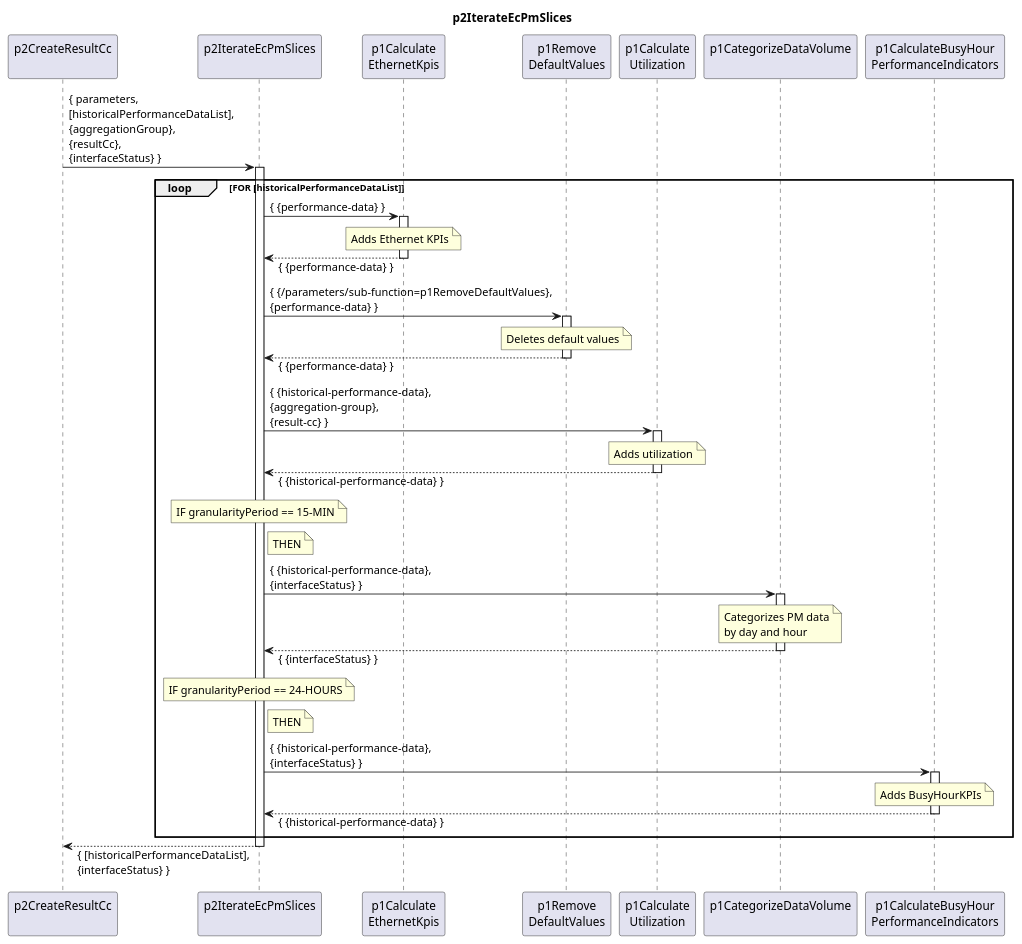
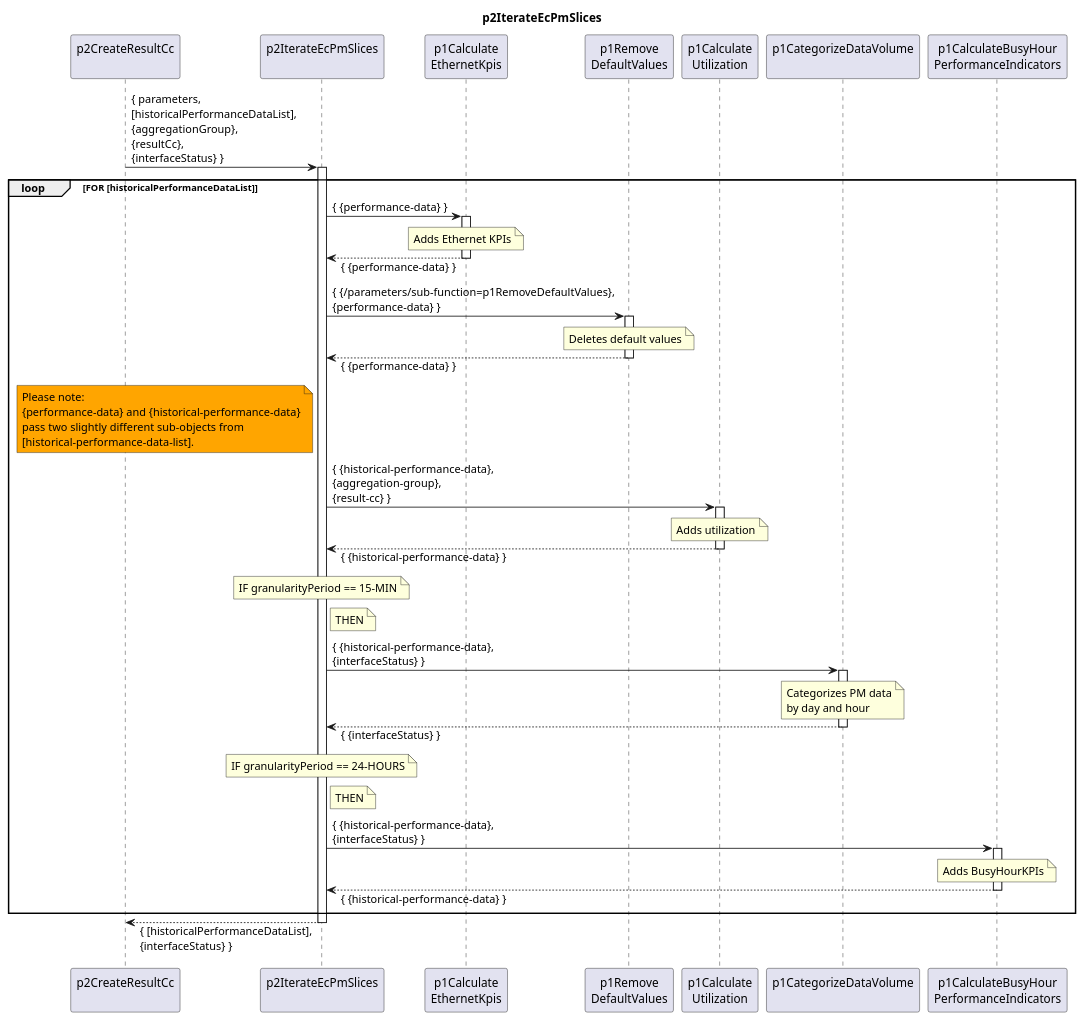
Before and after one commit to openBackhaul/DevicePerformanceManagementDataProcessor: the diagram in spec/Functions/p1StreamPmData/p2ProcessDevice/p2CreateResultCc/p2IterateEcPmSlices/1.0.0/p2IterateEcPmSlices.plantuml, drawn with PlantUML. The commit also changed 2 other files, not shown here.

Commit message:
update p2IterateEcPmSlices diagram

```diff
--- a/spec/Functions/p1StreamPmData/p2ProcessDevice/p2CreateResultCc/p2IterateEcPmSlices/1.0.0/p2IterateEcPmSlices.plantuml
+++ b/spec/Functions/p1StreamPmData/p2ProcessDevice/p2CreateResultCc/p2IterateEcPmSlices/1.0.0/p2IterateEcPmSlices.plantuml
@@ -1,86 +1,94 @@
 @startuml p2IterateEcPmSlices
 skinparam responseMessageBelowArrow true
 
 title
   p2IterateEcPmSlices
 end title
 
 participant "p2CreateResultCc\n" as cur
 
 participant "p2IterateEcPmSlices\n" as iterateSlices
 participant "p1Calculate\nEthernetKpis" as intCC
 participant "p1Remove\nDefaultValues" as p1RemDefault
 participant "p1Calculate\nUtilization" as p1CalcUtil
 participant "p1CategorizeDataVolume\n" as p1CatDataVo
 participant "p1CalculateBusyHour\nPerformanceIndicators" as p1CalcBH
 
 cur -> iterateSlices : { parameters,\n[historicalPerformanceDataList],\n{aggregationGroup},\n{resultCc},\n{interfaceStatus} }
 activate iterateSlices
 
   loop FOR [historicalPerformanceDataList]
 
     iterateSlices -> intCC : { {performance-data} }
     activate intCC
       note over intCC
         Adds Ethernet KPIs
       end note
     iterateSlices <-- intCC: { {performance-data} }
     deactivate intCC
 
     iterateSlices -> p1RemDefault : { {/parameters/sub-function=p1RemoveDefaultValues},\n{performance-data} }
     activate p1RemDefault
       note over p1RemDefault
         Deletes default values
       end note
     iterateSlices <-- p1RemDefault: { {performance-data} }
     deactivate p1RemDefault
+
+    note left iterateSlices #Orange
+      Please note:
+      {performance-data} and {historical-performance-data}
+      pass two slightly different sub-objects from
+      [historical-performance-data-list].
+    end note
+
 
     iterateSlices -> p1CalcUtil : { {historical-performance-data},\n{aggregation-group},\n{result-cc} }
     activate p1CalcUtil
       note over p1CalcUtil
         Adds utilization
       end note
     iterateSlices <-- p1CalcUtil: { {historical-performance-data} }
     deactivate p1CalcUtil
 
     note over iterateSlices
       IF granularityPeriod == 15-MIN
     end note
 
     note right iterateSlices
       THEN
     end note
 
     iterateSlices -> p1CatDataVo : { {historical-performance-data},\n{interfaceStatus} }
     activate p1CatDataVo
       note over p1CatDataVo
         Categorizes PM data
         by day and hour
       end note
     iterateSlices <-- p1CatDataVo: { {interfaceStatus} }
     deactivate p1CatDataVo
 
     note over iterateSlices
       IF granularityPeriod == 24-HOURS
     end note
 
     note right iterateSlices
       THEN
     end note
 
     iterateSlices -> p1CalcBH : { {historical-performance-data},\n{interfaceStatus} }
     activate p1CalcBH
       note over p1CalcBH
         Adds BusyHourKPIs
       end note
     iterateSlices <-- p1CalcBH: { {historical-performance-data} }
     deactivate p1CalcBH
 
   end loop
 
 cur <-- iterateSlices : { [historicalPerformanceDataList],\n{interfaceStatus} }
 deactivate iterateSlices
 
 deactivate cur
 
 @enduml
```
